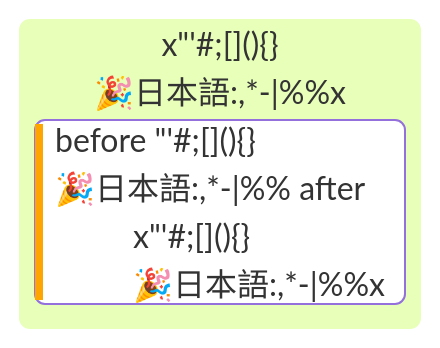
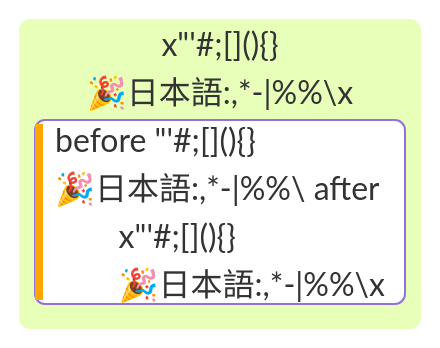
Before and after one commit to nao1215/markdown: the diagram in doc/edgecase/kanban.md, drawn with Mermaid. The commit also changed 18 other files, not shown here.

First line of the commit message:
test(edgecase): put every character through every diagram type (#172)

````diff
--- a/doc/edgecase/kanban.md
+++ b/doc/edgecase/kanban.md
@@ -5,8 +5,8 @@
 ```mermaid
 ---
-title: "title \"'#;[](){}🎉日本語:,*-|%%"
+title: "title \"'#;[](){}🎉日本語:,*-|%%\\"
 ---
 kanban
-    todo[x"'#;[#93;#40;#41;{#125;<br/>🎉日本語:,*-|%%x]
-        [before "'#;[#93;#40;#41;{#125;<br/>🎉日本語:,*-|%% after]@{ assigned: 'x#quot;''#;[](){#125;<br/>🎉日本語:,*-|%%x', priority: 'High' }
+    todo[x"'#;[#93;#40;#41;{#125;<br/>🎉日本語:,*-|%%\x]
+        [before "'#;[#93;#40;#41;{#125;<br/>🎉日本語:,*-|%%\ after]@{ assigned: 'x#quot;''#;[](){#125;<br/>🎉日本語:,*-|%%\\x', priority: 'High' }
 ```
````
